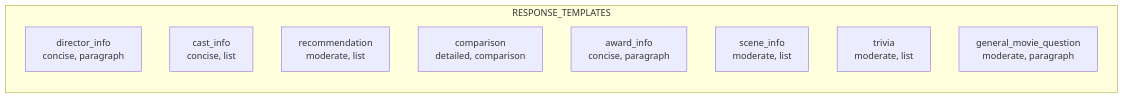
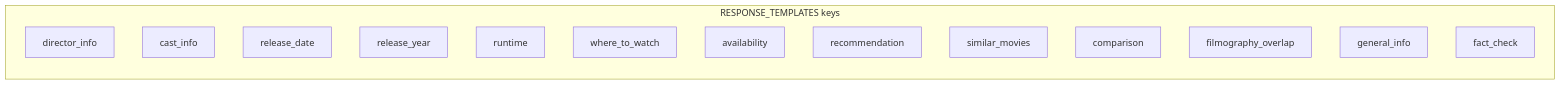
The fourth of 6 diagrams in docs/features/prompting/PROMPT_PIPELINE.md (mayad123/movieAgent), drawn with Mermaid before and after one commit. The commit also changed other lines of this file and 128 other files, not shown here.

````diff
--- a/docs/features/prompting/PROMPT_PIPELINE.md
+++ b/docs/features/prompting/PROMPT_PIPELINE.md
@@ -178,13 +174,18 @@
 ```mermaid
 graph LR
-    subgraph Templates["RESPONSE_TEMPLATES"]
-        DIR["director_info<br/>concise, paragraph"]
-        CAST["cast_info<br/>concise, list"]
-        REC["recommendation<br/>moderate, list"]
-        COMP["comparison<br/>detailed, comparison"]
-        AWARD["award_info<br/>concise, paragraph"]
-        SCENE["scene_info<br/>moderate, list"]
-        TRIVIA["trivia<br/>moderate, list"]
-        GENERAL["general_movie_question<br/>moderate, paragraph"]
+    subgraph Templates["RESPONSE_TEMPLATES keys"]
+        DIR["director_info"]
+        CAST["cast_info"]
+        RD["release_date"]
+        RY["release_year"]
+        RUN["runtime"]
+        WTW["where_to_watch"]
+        AV["availability"]
+        REC["recommendation"]
+        SIM["similar_movies"]
+        COMP["comparison"]
+        FO["filmography_overlap"]
+        GEN["general_info"]
+        FC["fact_check"]
     end
 ```
````
